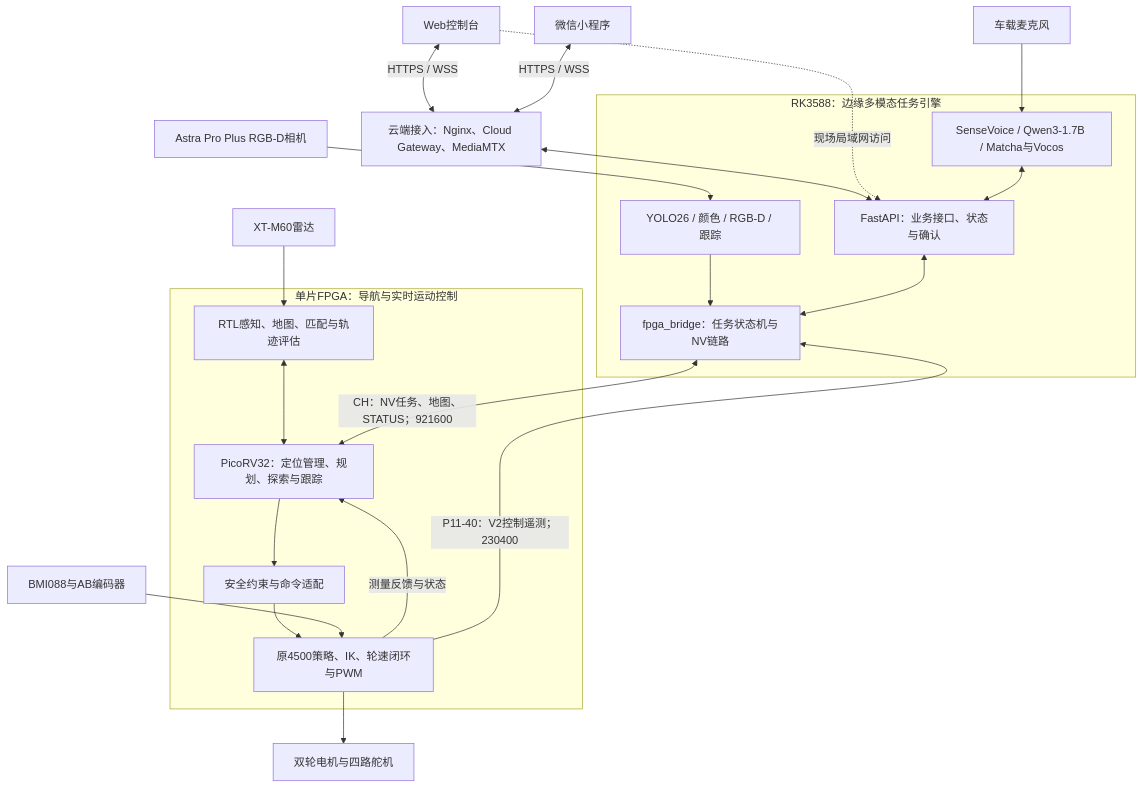
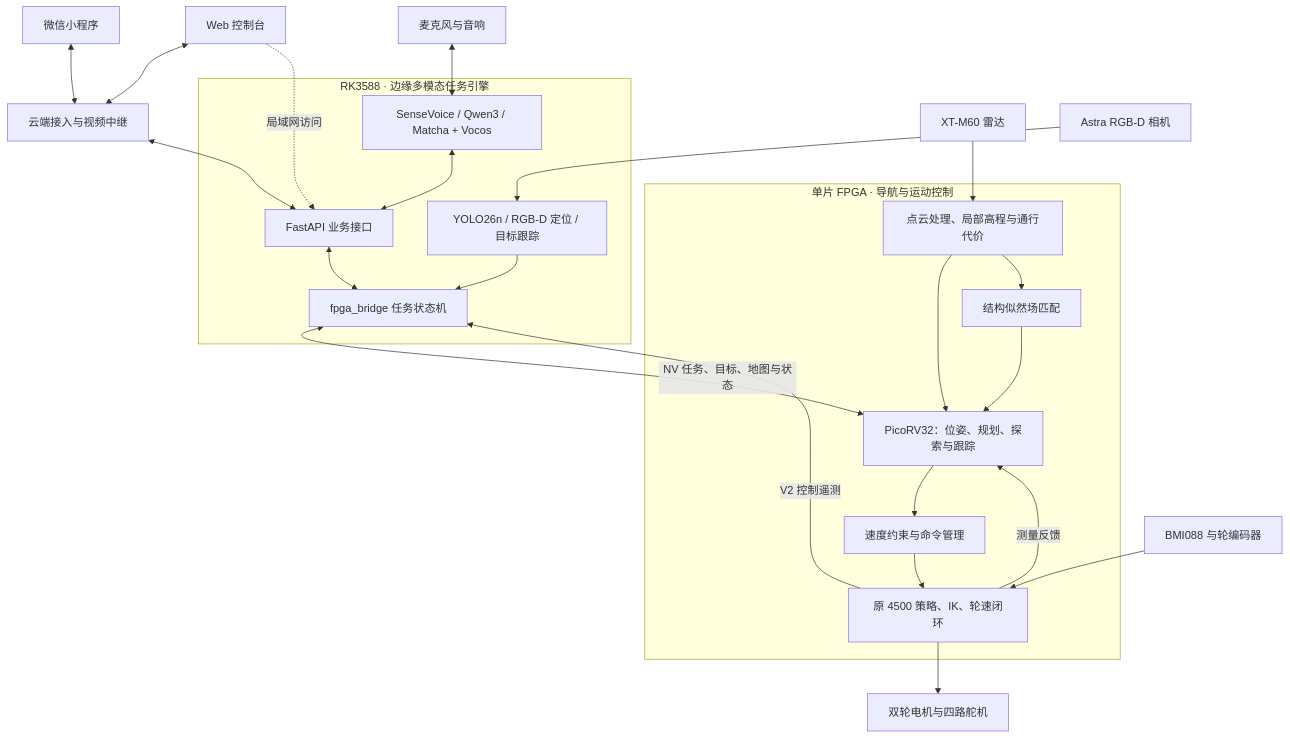
Before and after one commit to LRaina215/SOC_FPGA_NAV: the diagram in docs/system_architecture.md, drawn with Mermaid. The commit also changed other lines of this file and 30 other files, not shown here.

````diff
--- a/docs/system_architecture.md
+++ b/docs/system_architecture.md
@@ -41,38 +23,34 @@
 ```mermaid
 flowchart TB
-    WEB["Web控制台"]
-    MINI["微信小程序"]
-    CLOUD["云端接入：Nginx、Cloud Gateway、MediaMTX"]
-
-    subgraph RK["RK3588：边缘多模态任务引擎"]
-        API["FastAPI：业务接口、状态与确认"]
-        VOICE["SenseVoice / Qwen3-1.7B / Matcha与Vocos"]
-        VIS["YOLO26 / 颜色 / RGB-D / 跟踪"]
-        BRIDGE["fpga_bridge：任务状态机与NV链路"]
+    WEB["Web 控制台"] <--> CLOUD["云端接入与视频中继"]
+    MINI["微信小程序"] <--> CLOUD
+    subgraph RK["RK3588 · 边缘多模态任务引擎"]
+        API["FastAPI 业务接口"]
+        VOICE["SenseVoice / Qwen3 / Matcha + Vocos"]
+        VIS["YOLO26n / RGB-D 定位 / 目标跟踪"]
+        BRIDGE["fpga_bridge 任务状态机"]
+        VOICE <--> API
+        API <--> BRIDGE
+        VIS --> BRIDGE
     end
-
-    subgraph FPGA["单片FPGA：导航与实时运动控制"]
-        NAV["RTL感知、地图、匹配与轨迹评估"]
-        CPU["PicoRV32：定位管理、规划、探索与跟踪"]
-        SAFE["安全约束与命令适配"]
-        CTRL["原4500策略、IK、轮速闭环与PWM"]
-        NAV <--> CPU
+    subgraph FPGA["单片 FPGA · 导航与运动控制"]
+        PERCEPT["点云处理、局部高程与通行代价"]
+        MATCH["结构似然场匹配"]
+        CPU["PicoRV32：位姿、规划、探索与跟踪"]
+        SAFE["速度约束与命令管理"]
+        CTRL["原 4500 策略、IK、轮速闭环"]
+        PERCEPT --> CPU
+        PERCEPT --> MATCH --> CPU
         CPU --> SAFE --> CTRL
-        CTRL -->|"测量反馈与状态"| CPU
+        CTRL -->|"测量反馈"| CPU
     end
-
-    WEB <-->|"HTTPS / WSS"| CLOUD
-    MINI <-->|"HTTPS / WSS"| CLOUD
     CLOUD <--> API
-    WEB -.->|"现场局域网访问"| API
-    VOICE <--> API
-    VIS --> BRIDGE
-    API <--> BRIDGE
-    BRIDGE <-->|"CH：NV任务、地图、STATUS；921600"| CPU
-    CTRL -->|"P11-40：V2控制遥测；230400"| BRIDGE
-    LIDAR["XT-M60雷达"] --> NAV
-    CAM["Astra Pro Plus RGB-D相机"] --> VIS
-    MIC["车载麦克风"] --> VOICE
-    IMU["BMI088与AB编码器"] --> CTRL
+    WEB -.->|"局域网访问"| API
+    BRIDGE <-->|"NV 任务、目标、地图与状态"| CPU
+    CTRL -->|"V2 控制遥测"| BRIDGE
+    LIDAR["XT-M60 雷达"] --> PERCEPT
+    CAMERA["Astra RGB-D 相机"] --> VIS
+    AUDIO["麦克风与音响"] <--> VOICE
+    IMU["BMI088 与轮编码器"] --> CTRL
     CTRL --> ACT["双轮电机与四路舵机"]
 ```
````
